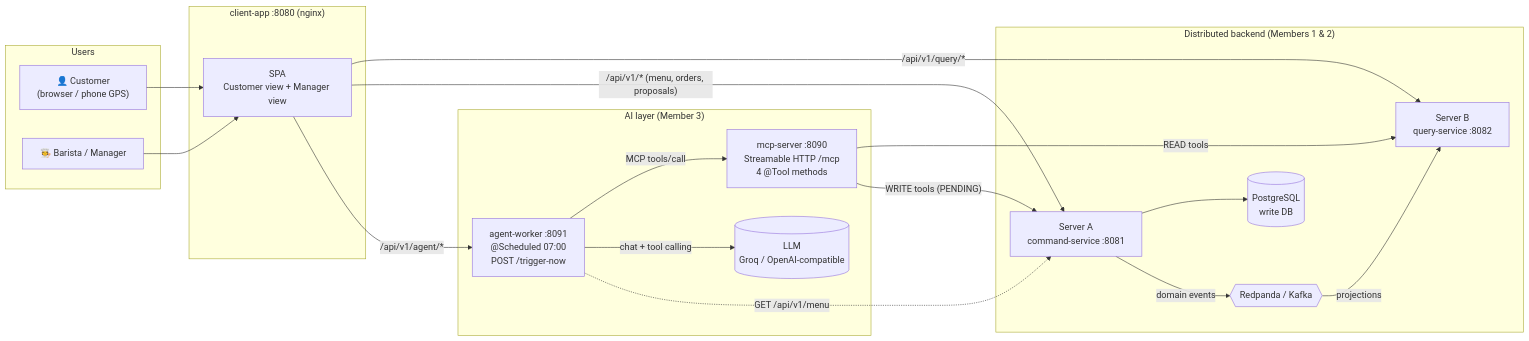
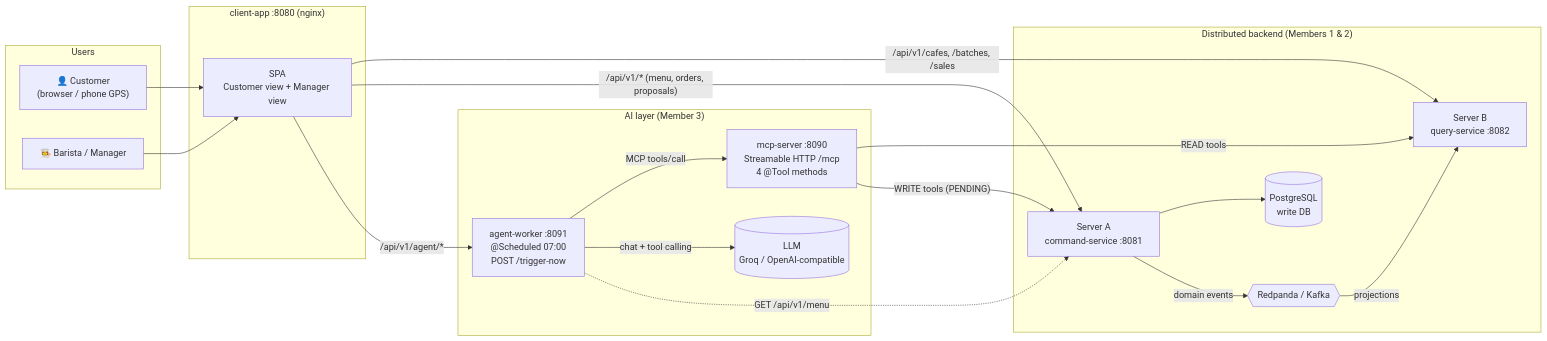
One commit to ShoebillPCBE/Specialty-Coffee-Roastery-and-Cafe-Network changed the first of 5 diagrams in docs/architecture.md. Above: the diagram before and after it, drawn with Mermaid. The commit also changed 10 other files, not shown here.

````diff
--- a/docs/architecture.md
+++ b/docs/architecture.md
@@ -5,40 +5,40 @@
 ```mermaid
 flowchart LR
     subgraph Users
         C["👤 Customer<br/>(browser / phone GPS)"]
         M["🧑‍🍳 Barista / Manager"]
     end
 
     subgraph Client["client-app :8080 (nginx)"]
         UI["SPA<br/>Customer view + Manager view"]
     end
 
     subgraph AI["AI layer (Member 3)"]
         AW["agent-worker :8091<br/>@Scheduled 07:00<br/>POST /trigger-now"]
         MCP["mcp-server :8090<br/>Streamable HTTP /mcp<br/>4 @Tool methods"]
         LLM[("LLM<br/>Groq / OpenAI-compatible")]
     end
 
     subgraph Backend["Distributed backend (Members 1 & 2)"]
         A["Server A<br/>command-service :8081"]
         B["Server B<br/>query-service :8082"]
         PG[("PostgreSQL<br/>write DB")]
         K{{"Redpanda / Kafka"}}
     end
 
     C --> UI
     M --> UI
-    UI -- "/api/v1/query/*" --> B
+    UI -- "/api/v1/cafes, /batches, /sales" --> B
     UI -- "/api/v1/* (menu, orders, proposals)" --> A
     UI -- "/api/v1/agent/*" --> AW
 
     AW -- "MCP tools/call" --> MCP
     AW -- "chat + tool calling" --> LLM
     AW -. "GET /api/v1/menu" .-> A
     MCP -- "READ tools" --> B
     MCP -- "WRITE tools (PENDING)" --> A
 
     A --> PG
     A -- "domain events" --> K
     K -- "projections" --> B
 ```
````
